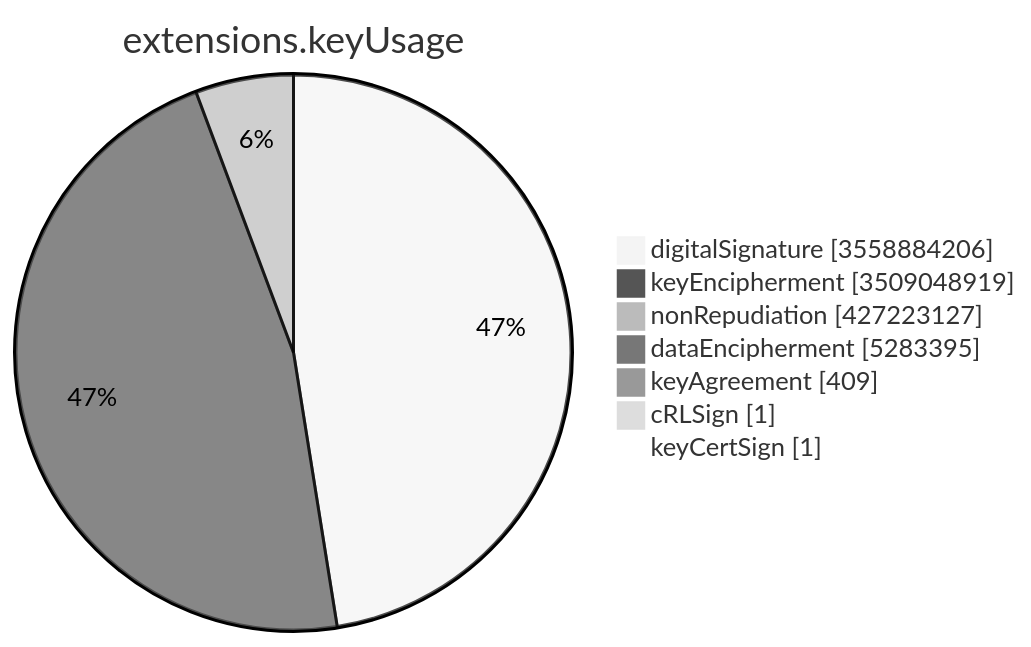
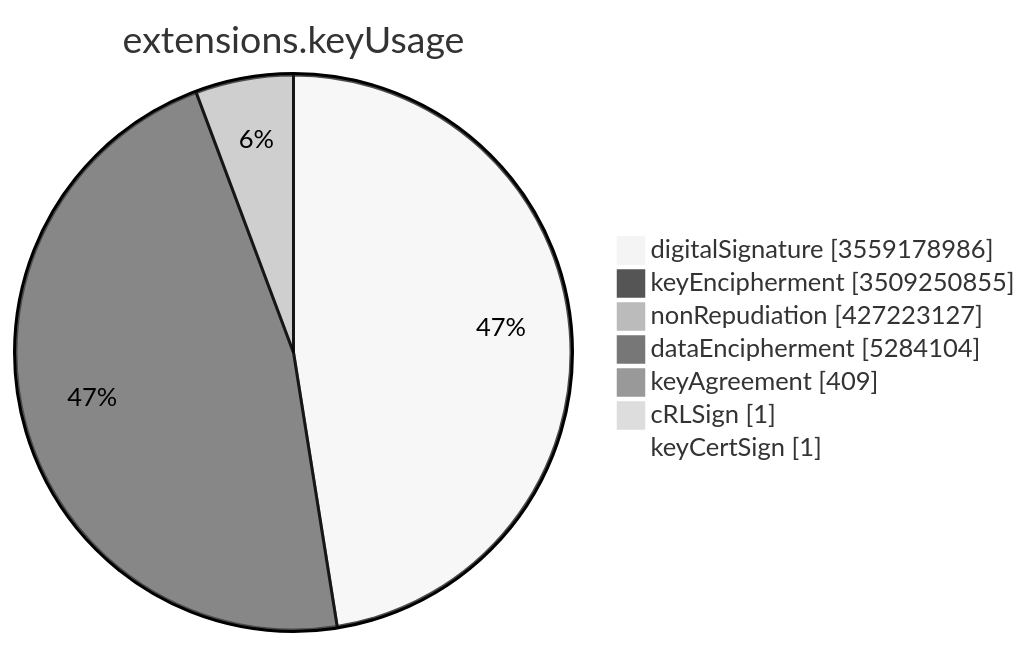
Before and after one commit to christiankrug/ctmonitor_visualization: the sixth of 15 diagrams in TOTAL/README.md, drawn with Mermaid (neutral theme). The commit also changed other lines of this file, not shown here.

````diff
--- a/TOTAL/README.md
+++ b/TOTAL/README.md
@@ -3083,11 +3083,11 @@
 ```mermaid
 pie showData
 title extensions.keyUsage
-"digitalSignature" :3558884206
-"keyEncipherment" :3509048919
+"digitalSignature" :3559178986
+"keyEncipherment" :3509250855
 "nonRepudiation" :427223127
-"dataEncipherment" :5283395
+"dataEncipherment" :5284104
 "keyAgreement" :409
 "cRLSign" :1
 "keyCertSign" :1
 ```
````
